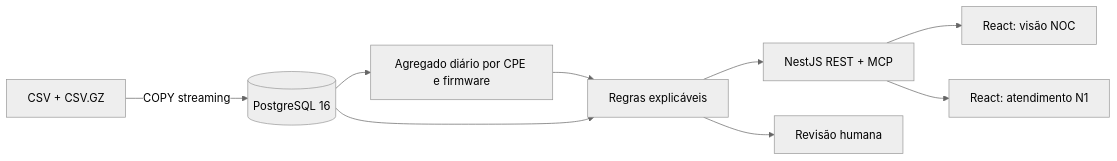
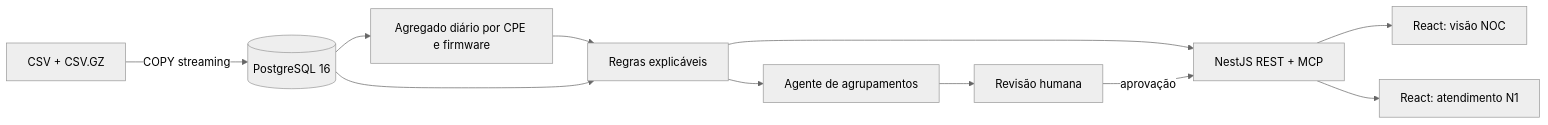
Before and after one commit to AlanHJH/ix-teste: the first of 2 diagrams in docs/arquitetura.md, drawn with Mermaid (neutral theme). The commit also changed other lines of this file and 4 other files, not shown here.

````diff
--- a/docs/arquitetura.md
+++ b/docs/arquitetura.md
@@ -17,11 +29,13 @@
 ```mermaid
 flowchart LR
   Files[CSV + CSV.GZ] -->|COPY streaming| PG[(PostgreSQL 16)]
   PG --> Daily[Agregado diário por CPE e firmware]
   Daily --> Rules[Regras explicáveis]
   PG --> Rules
   Rules --> API[NestJS REST + MCP]
   API --> NOC[React: visão NOC]
   API --> N1[React: atendimento N1]
-  Rules --> Review[Revisão humana]
+  Rules --> Agent[Agente de agrupamentos]
+  Agent --> Review[Revisão humana]
+  Review -->|aprovação| API
 ```
````
